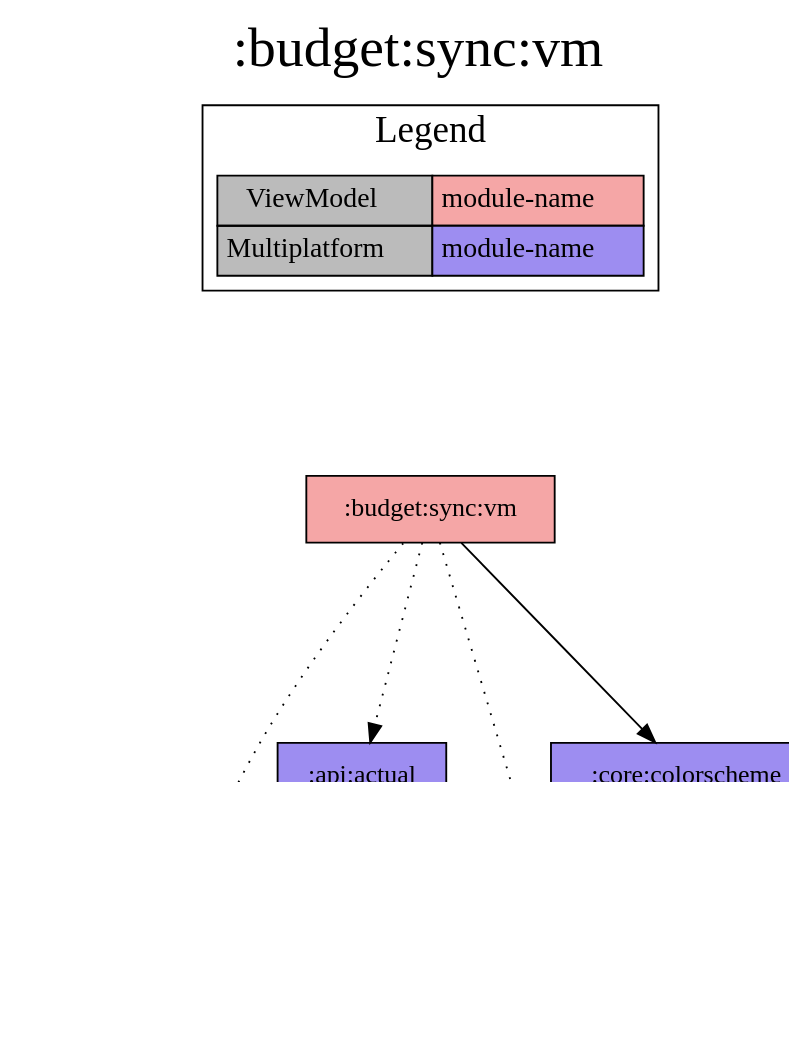
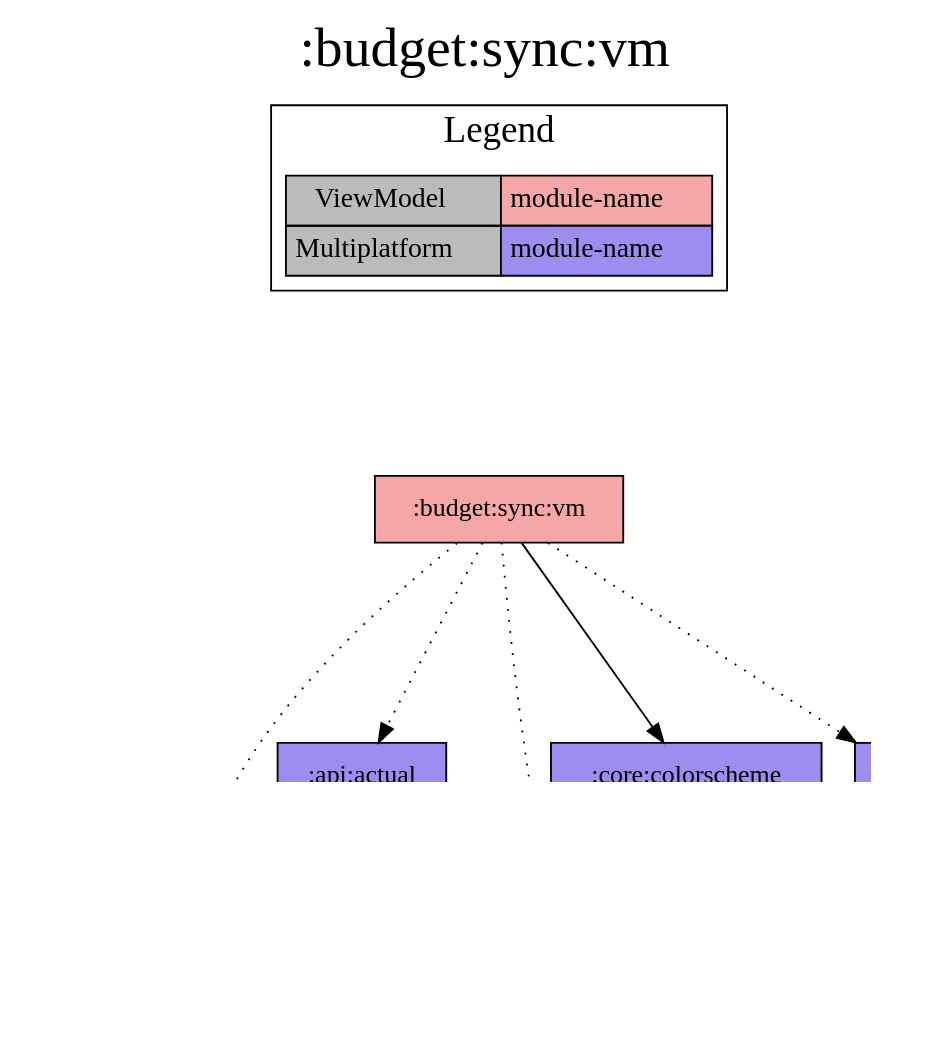
The diagram in modules/budget/sync/vm/project-dependency-graph.dot (jonapoul/aktual), drawn with Graphviz before and after one commit. The commit also changed 69 other files, not shown here.

```diff
--- a/modules/budget/sync/vm/project-dependency-graph.dot
+++ b/modules/budget/sync/vm/project-dependency-graph.dot
@@ -1,32 +1,34 @@
 digraph {
 edge ["dir"="forward"]
 graph ["dpi"="100","label"=":budget:sync:vm","labelloc"="t","fontsize"="30","ranksep"="1.5","rankdir"="TB"]
 node ["style"="filled"]
 ":account:model" ["fillcolor"="#9D8DF1","shape"="box"]
 ":api:actual" ["fillcolor"="#9D8DF1","shape"="box"]
 ":budget:model" ["fillcolor"="#9D8DF1","shape"="box"]
 ":budget:sync:vm" ["fillcolor"="#F5A6A6","shape"="box"]
 ":core:colorscheme" ["fillcolor"="#9D8DF1","shape"="box"]
+":log" ["fillcolor"="#9D8DF1","shape"="box"]
 ":url:model" ["fillcolor"="#9D8DF1","shape"="box"]
 {
 edge ["dir"="none"]
 graph ["rank"="same"]
 }
 ":api:actual" -> ":account:model"
 ":api:actual" -> ":budget:model"
 ":api:actual" -> ":url:model"
 ":budget:sync:vm" -> ":account:model" ["style"="dotted"]
 ":budget:sync:vm" -> ":api:actual" ["style"="dotted"]
 ":budget:sync:vm" -> ":budget:model" ["style"="dotted"]
 ":budget:sync:vm" -> ":core:colorscheme"
+":budget:sync:vm" -> ":log" ["style"="dotted"]
 subgraph "cluster_legend" {
 edge ["dir"="none"]
 graph ["label"="Legend","fontsize"="20"]
 "Legend" ["style"="filled","fillcolor"="#bbbbbb","shape"="none","margin"="0","fontsize"="15","label"=<
 <TABLE BORDER="0" CELLBORDER="1" CELLSPACING="0" CELLPADDING="4">
 <TR><TD>ViewModel</TD><TD BGCOLOR="#F5A6A6">module-name</TD></TR>
 <TR><TD>Multiplatform</TD><TD BGCOLOR="#9D8DF1">module-name</TD></TR>
 </TABLE>
 >]
 } -> ":budget:sync:vm" ["style"="invis"]
 }
```
